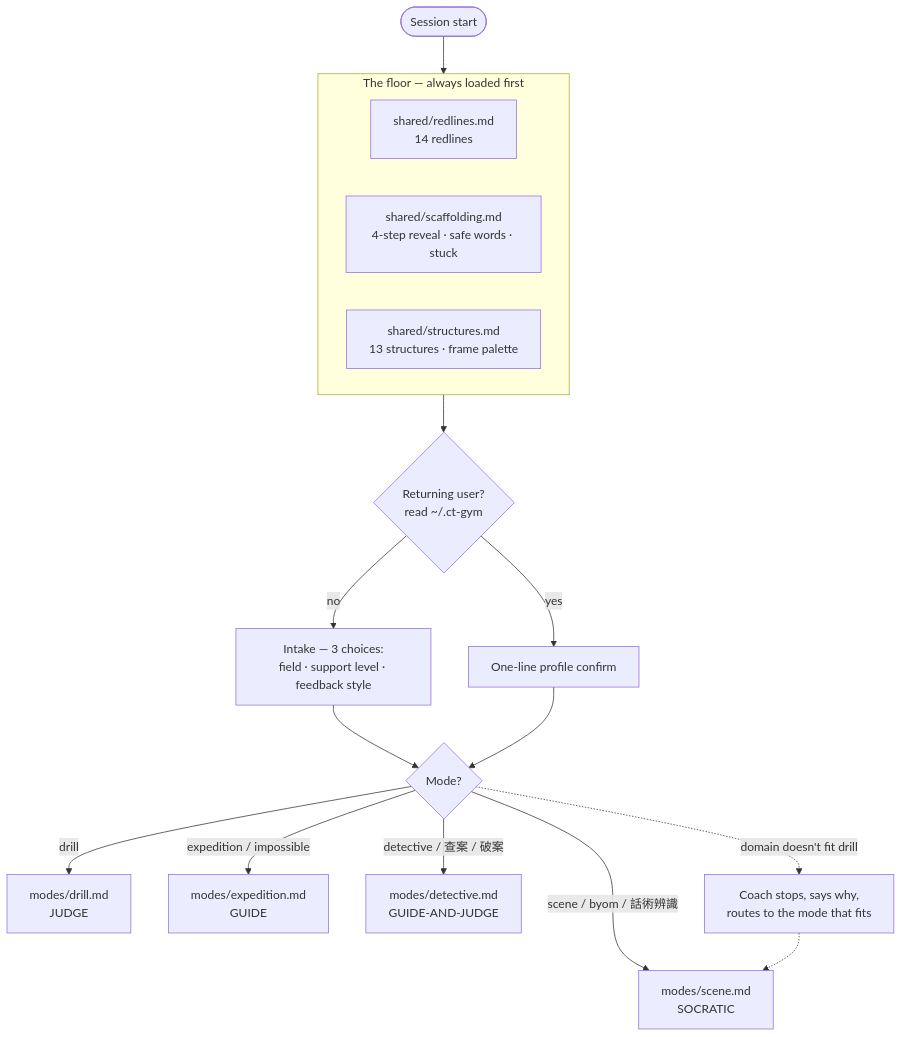
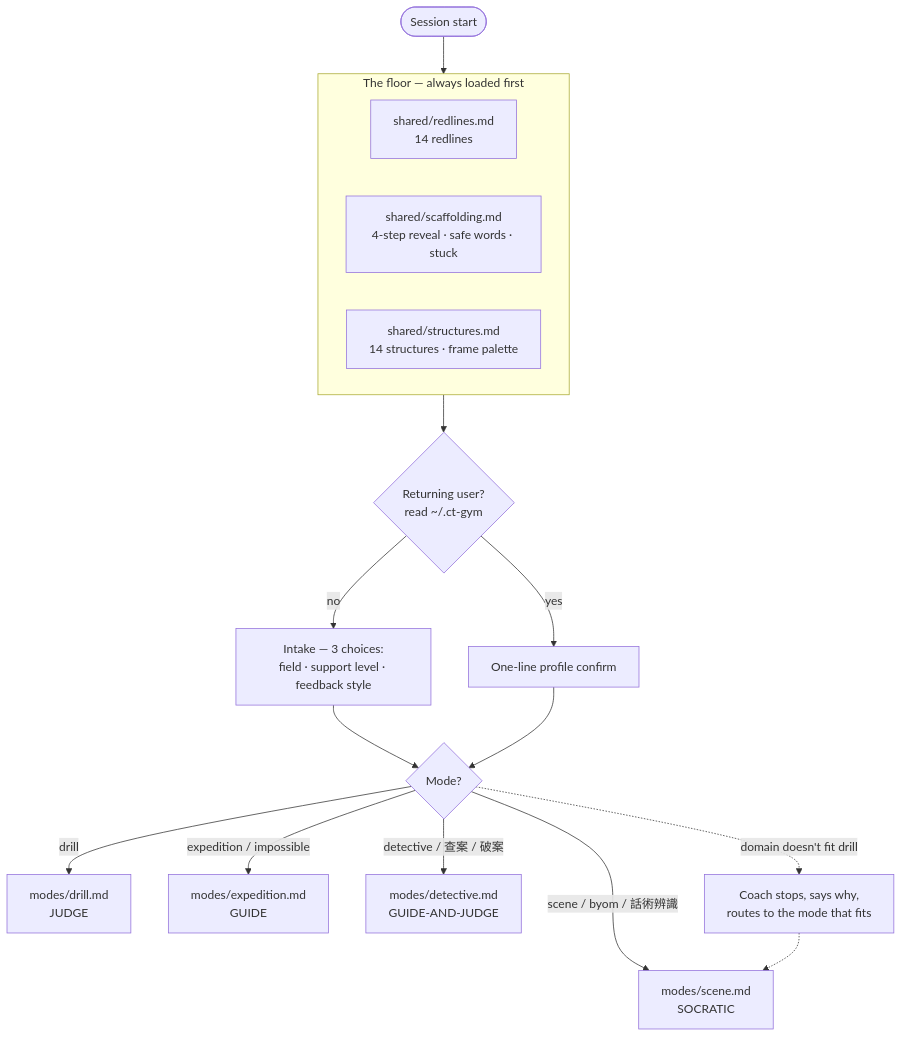
The first of 6 diagrams in docs/ARCHITECTURE.md (Imbad0202/critical-thinking-for-humans), drawn with Mermaid before and after one commit. The commit also changed other lines of this file and 19 other files, not shown here.

````diff
--- a/docs/ARCHITECTURE.md
+++ b/docs/ARCHITECTURE.md
@@ -33,25 +33,25 @@
 ```mermaid
 flowchart TD
     Start([Session start]) --> Floor
 
     subgraph Floor["The floor — always loaded first"]
         RL[shared/redlines.md<br/>14 redlines]
         SC[shared/scaffolding.md<br/>4-step reveal · safe words · stuck]
-        ST[shared/structures.md<br/>13 structures · frame palette]
+        ST[shared/structures.md<br/>14 structures · frame palette]
     end
 
     Floor --> Returning{Returning user?<br/>read ~/.ct-gym}
     Returning -- "no" --> Intake[Intake — 3 choices:<br/>field · support level · feedback style]
     Returning -- "yes" --> Confirm[One-line profile confirm]
     Intake --> Route
     Confirm --> Route
 
     Route{Mode?}
     Route -- "drill" --> Drill[modes/drill.md<br/>JUDGE]
     Route -- "scene / byom / 話術辨識" --> Scene[modes/scene.md<br/>SOCRATIC]
     Route -- "expedition / impossible" --> Exp[modes/expedition.md<br/>GUIDE]
     Route -- "detective / 查案 / 破案" --> Det[modes/detective.md<br/>GUIDE-AND-JUDGE]
 
     Route -. "domain doesn't fit drill" .-> Honest[Coach stops, says why,<br/>routes to the mode that fits]
     Honest -. " " .-> Scene
 ```
````
